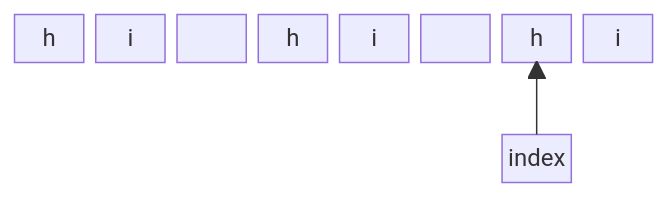
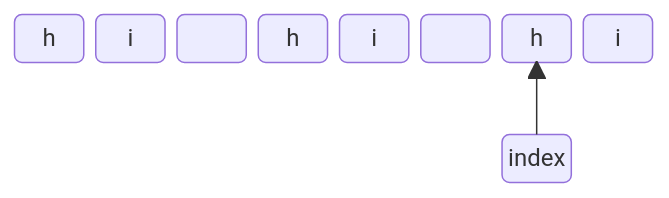
Before and after one commit to wdyjwdy/blog-mono: the second of 4 diagrams in apps/blog/pages/docs/js/string.mdx, drawn with Mermaid. The commit also changed other lines of this file and 21 other files, not shown here.

````diff
--- a/apps/blog/pages/docs/js/string.mdx
+++ b/apps/blog/pages/docs/js/string.mdx
@@ -61,12 +60,11 @@
 ```mermaid
 block-beta
   columns 8
-  a["h"] b["i"] c[" "] d["h"] e["i"] f[" "] g["h"] h["i"]
+  a("h") b("i") c(" ") d("h") e("i") f(" ") g("h") h("i")
   space:14
-  A["index"]
+  A("index")
 A --> g
 
 class g,h Red
-class a,b,c,d,e,f White
 class A Text
 ```
````
